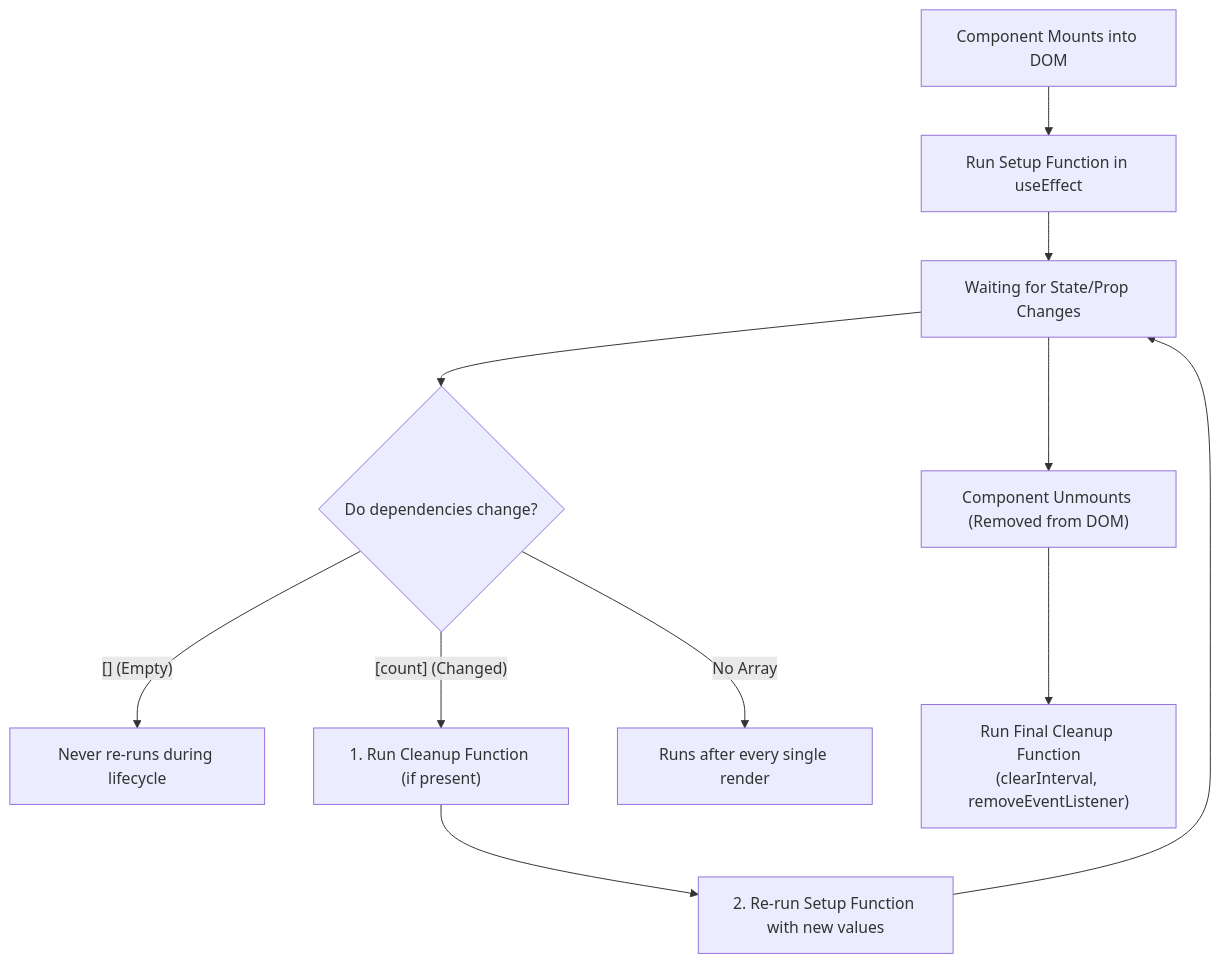
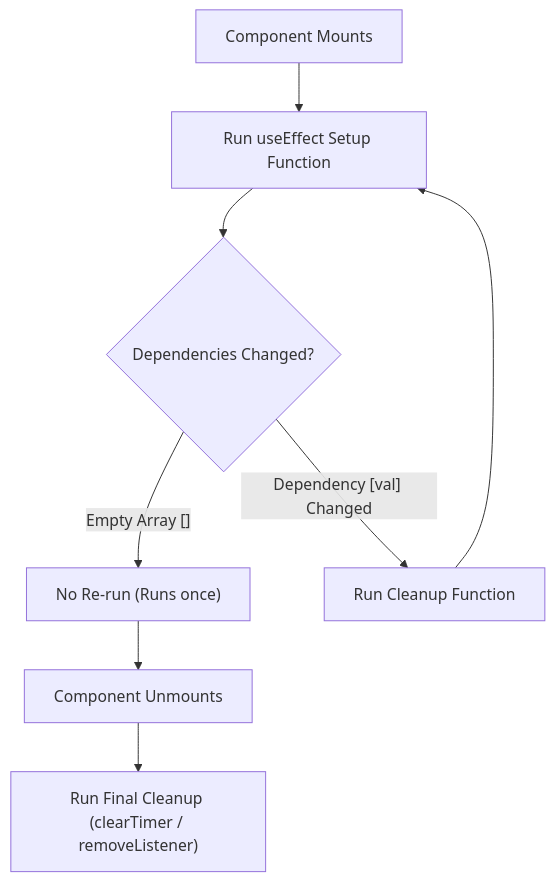
One commit to spant671-ux/React2 changed the eighth of 11 diagrams in notes.md. Above: the diagram before and after it, drawn with Mermaid. The commit also changed other lines of this file and 1 other file, not shown here.

````diff
--- a/notes.md
+++ b/notes.md
@@ -494,15 +376,10 @@
 ```mermaid
 graph TD
-    Mount["Component Mounts into DOM"] --> RunInitial["Run Setup Function in useEffect"]
-    RunInitial --> Wait["Waiting for State/Prop Changes"]
-
-    Wait --> DepCheck{"Do dependencies change?"}
-    DepCheck -- "[] (Empty)" --> NoRun["Never re-runs during lifecycle"]
-    DepCheck -- "[count] (Changed)" --> CleanupOld["1. Run Cleanup Function (if present)"]
-    CleanupOld --> RunNew["2. Re-run Setup Function with new values"]
-    RunNew --> Wait
-    DepCheck -- "No Array" --> ReRunAlways["Runs after every single render"]
-
-    Wait --> Unmount["Component Unmounts (Removed from DOM)"]
-    Unmount --> FinalCleanup["Run Final Cleanup Function<br/>(clearInterval, removeEventListener)"]
+    Mount["Component Mounts"] --> RunEffect["Run useEffect Setup Function"]
+    RunEffect --> DepCheck{"Dependencies Changed?"}
+    DepCheck -- "Empty Array []" --> Idle["No Re-run (Runs once)"]
+    DepCheck -- "Dependency [val] Changed" --> CleanupPrev["Run Cleanup Function"]
+    CleanupPrev --> RunEffect
+    Idle --> Unmount["Component Unmounts"]
+    Unmount --> FinalCleanup["Run Final Cleanup (clearTimer / removeListener)"]
 ```
````
